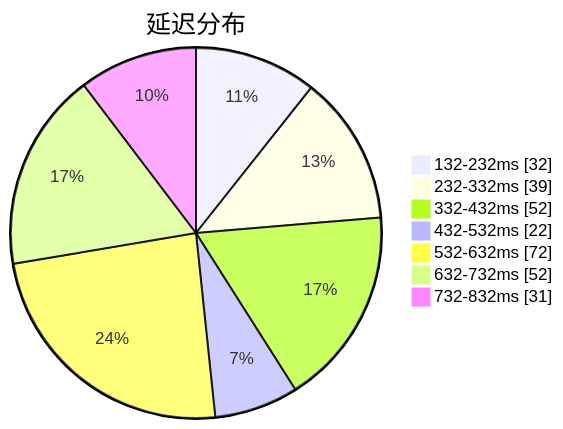
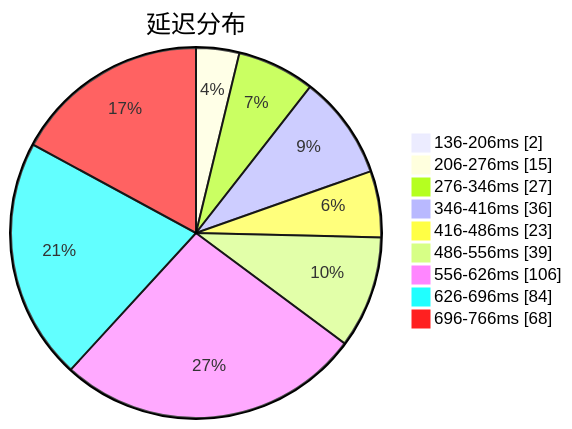
Before and after one commit to qjlxg/airport: the first of 3 diagrams in subs/statistics/tested_within.md, drawn with Mermaid. The commit also changed other lines of this file and 2 other files, not shown here.

Commit message:
Tested by metaST

````diff
--- a/subs/statistics/tested_within.md
+++ b/subs/statistics/tested_within.md
@@ -2,11 +2,13 @@
 ```mermaid
 pie showData
 title 延迟分布
-"132-232ms" : 32
-"232-332ms" : 39
-"332-432ms" : 52
-"432-532ms" : 22
-"532-632ms" : 72
-"632-732ms" : 52
-"732-832ms" : 31
+"136-206ms" : 2
+"206-276ms" : 15
+"276-346ms" : 27
+"346-416ms" : 36
+"416-486ms" : 23
+"486-556ms" : 39
+"556-626ms" : 106
+"626-696ms" : 84
+"696-766ms" : 68
 ```
````
